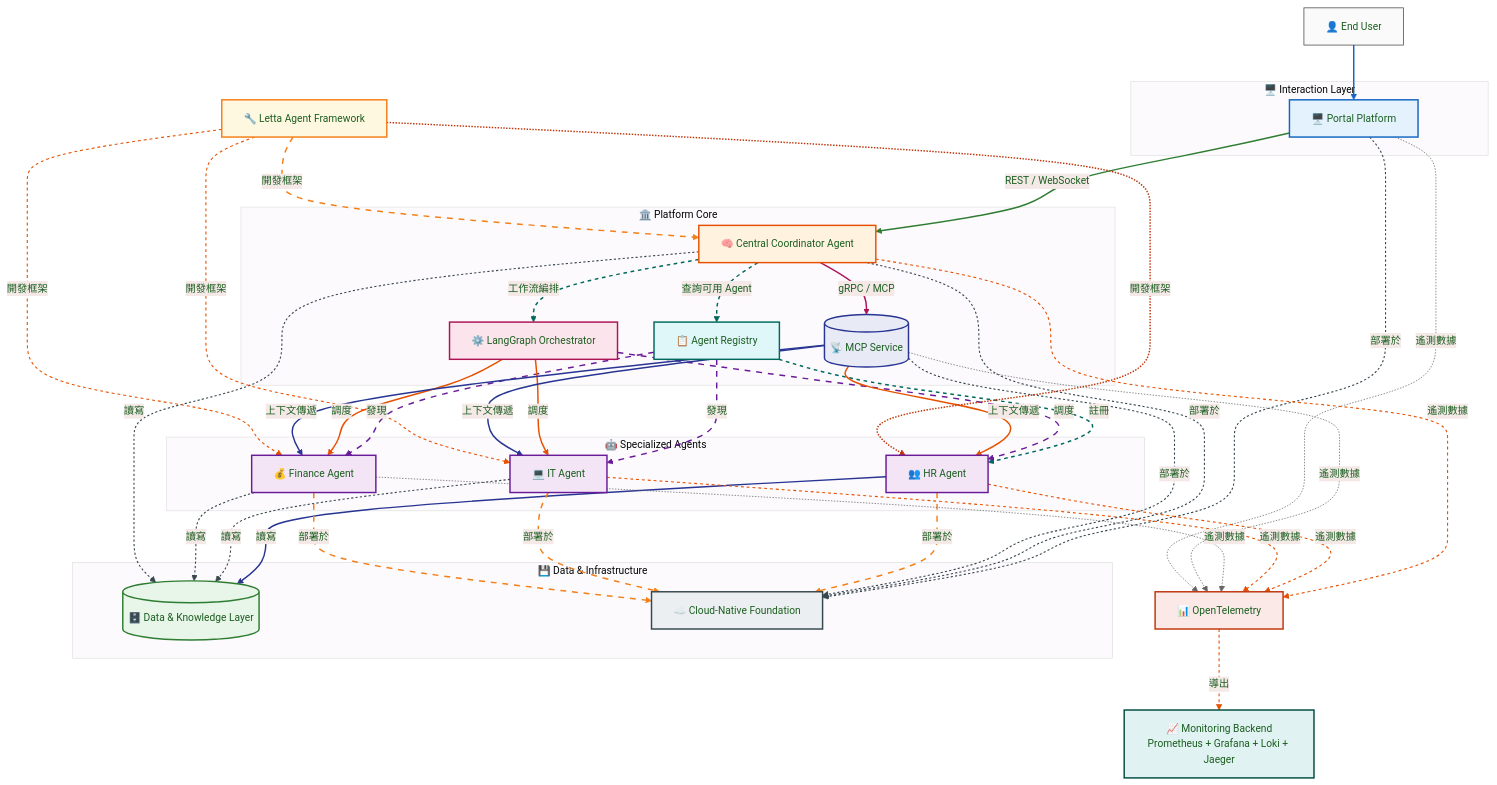
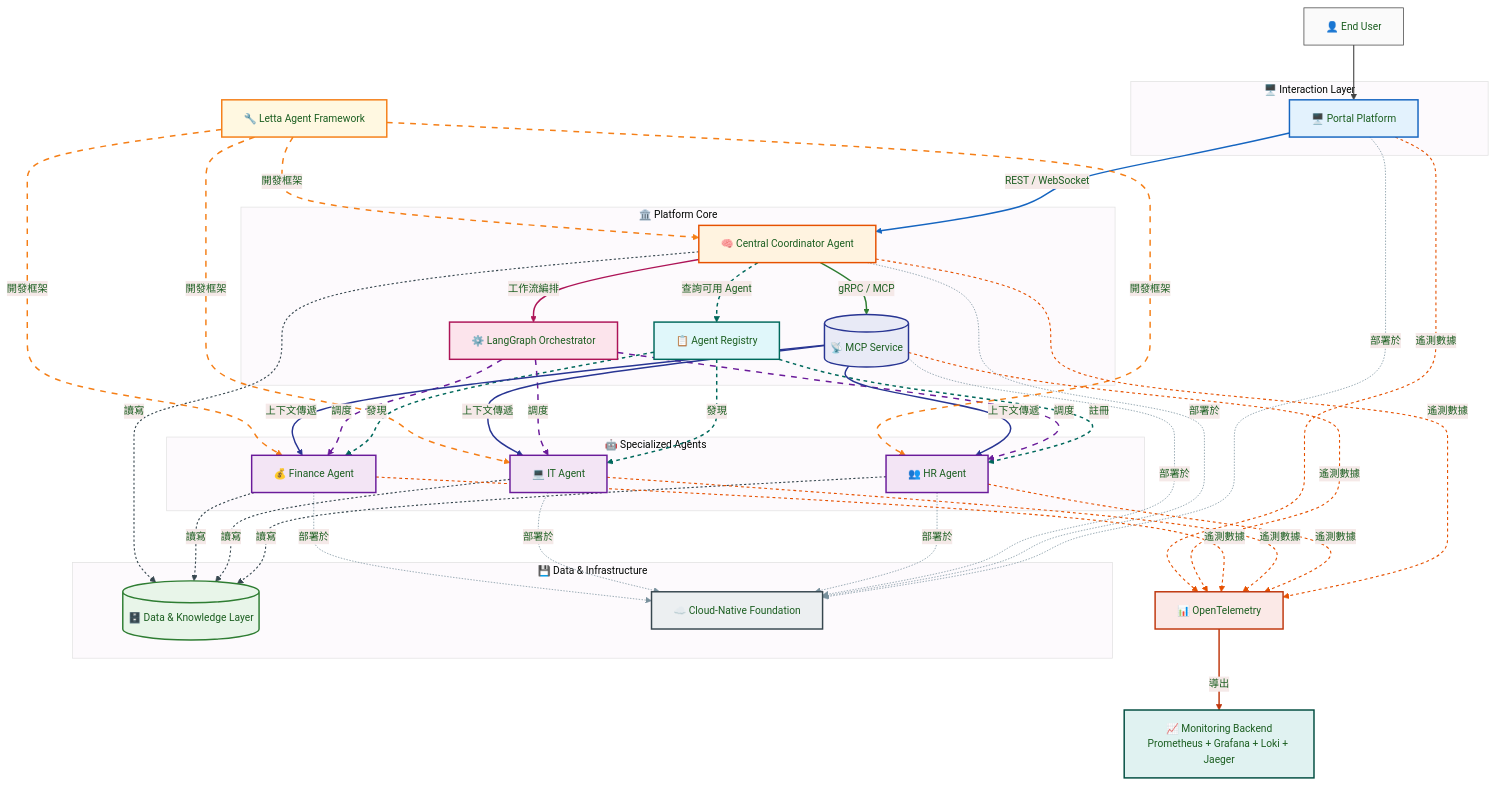
One commit to ponian/aiebok changed the first of 7 diagrams in book/chapter-02.md. Above: the diagram before and after it, drawn with Mermaid.

Commit message:
修正 2.1.2 架構圖 linkStyle 索引：35 條邊全數對應，每條標註邊界

````diff
--- a/book/chapter-02.md
+++ b/book/chapter-02.md
@@ -117,37 +117,75 @@
     style Monitoring fill:#E0F2F1,stroke:#004D40,stroke-width:2px
     style User fill:#FAFAFA,stroke:#424242,stroke-width:1px
 
-    %% 邊樣式定義：依圖例顏色
-    linkStyle 0 stroke:#1565C0,stroke-width:2px,fill:none
-    linkStyle 1 stroke:#2E7D32,stroke-width:2px,fill:none
-    linkStyle 2 stroke:#AD1457,stroke-width:2px,fill:none
-    linkStyle 3 stroke:#00695C,stroke-width:2px,fill:none,stroke-dasharray:5,5
+    %% 邊樣式定義（35 條邊，0-indexed，依圖例顏色）
+    %% #0  User → Portal
+    linkStyle 0 stroke:#424242,stroke-width:1.5px,fill:none
+    %% #1  REST/WebSocket — Portal → CCA
+    linkStyle 1 stroke:#1565C0,stroke-width:2px,fill:none
+    %% #2  gRPC/MCP — CCA → MCPSvc
+    linkStyle 2 stroke:#2E7D32,stroke-width:2px,fill:none
+    %% #3  工作流編排 — CCA → LangGraph
+    linkStyle 3 stroke:#AD1457,stroke-width:2px,fill:none
+    %% #4  查詢可用 Agent — CCA → AgentReg
     linkStyle 4 stroke:#00695C,stroke-width:2px,fill:none,stroke-dasharray:5,5
+    %% #5  註冊 — AgentReg → HRAgent
     linkStyle 5 stroke:#00695C,stroke-width:2px,fill:none,stroke-dasharray:5,5
-    linkStyle 6 stroke:#6A1B9A,stroke-width:2px,fill:none,stroke-dasharray:8,4
-    linkStyle 7 stroke:#6A1B9A,stroke-width:2px,fill:none,stroke-dasharray:8,4
+    %% #6  發現 — AgentReg → ITAgent
+    linkStyle 6 stroke:#00695C,stroke-width:2px,fill:none,stroke-dasharray:5,5
+    %% #7  發現 — AgentReg → FinAgent
+    linkStyle 7 stroke:#00695C,stroke-width:2px,fill:none,stroke-dasharray:5,5
+    %% #8  調度 — LangGraph → HRAgent
     linkStyle 8 stroke:#6A1B9A,stroke-width:2px,fill:none,stroke-dasharray:8,4
-    linkStyle 9 stroke:#E65100,stroke-width:2px,fill:none
-    linkStyle 10 stroke:#E65100,stroke-width:2px,fill:none
-    linkStyle 11 stroke:#E65100,stroke-width:2px,fill:none
+    %% #9  調度 — LangGraph → ITAgent
+    linkStyle 9 stroke:#6A1B9A,stroke-width:2px,fill:none,stroke-dasharray:8,4
+    %% #10 調度 — LangGraph → FinAgent
+    linkStyle 10 stroke:#6A1B9A,stroke-width:2px,fill:none,stroke-dasharray:8,4
+    %% #11 上下文傳遞 — MCPSvc → HRAgent
+    linkStyle 11 stroke:#283593,stroke-width:2px,fill:none
+    %% #12 上下文傳遞 — MCPSvc → ITAgent
     linkStyle 12 stroke:#283593,stroke-width:2px,fill:none
+    %% #13 上下文傳遞 — MCPSvc → FinAgent
     linkStyle 13 stroke:#283593,stroke-width:2px,fill:none
-    linkStyle 14 stroke:#283593,stroke-width:2px,fill:none
+    %% #14 讀寫 — HRAgent → DataLayer
+    linkStyle 14 stroke:#37474F,stroke-width:1.5px,fill:none,stroke-dasharray:3,3
+    %% #15 讀寫 — ITAgent → DataLayer
     linkStyle 15 stroke:#37474F,stroke-width:1.5px,fill:none,stroke-dasharray:3,3
+    %% #16 讀寫 — FinAgent → DataLayer
     linkStyle 16 stroke:#37474F,stroke-width:1.5px,fill:none,stroke-dasharray:3,3
+    %% #17 讀寫 — CCA → DataLayer
     linkStyle 17 stroke:#37474F,stroke-width:1.5px,fill:none,stroke-dasharray:3,3
-    linkStyle 18 stroke:#37474F,stroke-width:1.5px,fill:none,stroke-dasharray:3,3
-    linkStyle 19 stroke:#37474F,stroke-width:1.5px,fill:none,stroke-dasharray:3,3
-    linkStyle 20 stroke:#37474F,stroke-width:1.5px,fill:none,stroke-dasharray:3,3
-    linkStyle 21 stroke:#F57F17,stroke-width:2px,fill:none,stroke-dasharray:8,4
-    linkStyle 22 stroke:#F57F17,stroke-width:2px,fill:none,stroke-dasharray:8,4
-    linkStyle 23 stroke:#F57F17,stroke-width:2px,fill:none,stroke-dasharray:8,4
+    %% #18 部署於 — Portal → CloudNative
+    linkStyle 18 stroke:#78909C,stroke-width:1px,fill:none,stroke-dasharray:2,2
+    %% #19 部署於 — CCA → CloudNative
+    linkStyle 19 stroke:#78909C,stroke-width:1px,fill:none,stroke-dasharray:2,2
+    %% #20 部署於 — MCPSvc → CloudNative
+    linkStyle 20 stroke:#78909C,stroke-width:1px,fill:none,stroke-dasharray:2,2
+    %% #21 部署於 — HRAgent → CloudNative
+    linkStyle 21 stroke:#78909C,stroke-width:1px,fill:none,stroke-dasharray:2,2
+    %% #22 部署於 — ITAgent → CloudNative
+    linkStyle 22 stroke:#78909C,stroke-width:1px,fill:none,stroke-dasharray:2,2
+    %% #23 部署於 — FinAgent → CloudNative
+    linkStyle 23 stroke:#78909C,stroke-width:1px,fill:none,stroke-dasharray:2,2
+    %% #24 開發框架 — Letta → CCA
     linkStyle 24 stroke:#F57F17,stroke-width:2px,fill:none,stroke-dasharray:8,4
-    linkStyle 25 stroke:#BF360C,stroke-width:2px,fill:none
-    linkStyle 26 stroke:#E65100,stroke-width:1.5px,fill:none,stroke-dasharray:4,4
-    linkStyle 27 stroke:#E65100,stroke-width:1.5px,fill:none,stroke-dasharray:4,4
-    linkStyle 28 stroke:#E65100,stroke-width:1.5px,fill:none,stroke-dasharray:4,4
+    %% #25 開發框架 — Letta → HRAgent
+    linkStyle 25 stroke:#F57F17,stroke-width:2px,fill:none,stroke-dasharray:8,4
+    %% #26 開發框架 — Letta → ITAgent
+    linkStyle 26 stroke:#F57F17,stroke-width:2px,fill:none,stroke-dasharray:8,4
+    %% #27 開發框架 — Letta → FinAgent
+    linkStyle 27 stroke:#F57F17,stroke-width:2px,fill:none,stroke-dasharray:8,4
+    %% #28 導出 — OTel → Monitoring
+    linkStyle 28 stroke:#BF360C,stroke-width:2px,fill:none
+    %% #29 遙測數據 — CCA → OTel
     linkStyle 29 stroke:#E65100,stroke-width:1.5px,fill:none,stroke-dasharray:4,4
+    %% #30 遙測數據 — HRAgent → OTel
     linkStyle 30 stroke:#E65100,stroke-width:1.5px,fill:none,stroke-dasharray:4,4
+    %% #31 遙測數據 — ITAgent → OTel
     linkStyle 31 stroke:#E65100,stroke-width:1.5px,fill:none,stroke-dasharray:4,4
+    %% #32 遙測數據 — FinAgent → OTel
+    linkStyle 32 stroke:#E65100,stroke-width:1.5px,fill:none,stroke-dasharray:4,4
+    %% #33 遙測數據 — MCPSvc → OTel
+    linkStyle 33 stroke:#E65100,stroke-width:1.5px,fill:none,stroke-dasharray:4,4
+    %% #34 遙測數據 — Portal → OTel
+    linkStyle 34 stroke:#E65100,stroke-width:1.5px,fill:none,stroke-dasharray:4,4
 ```
````
